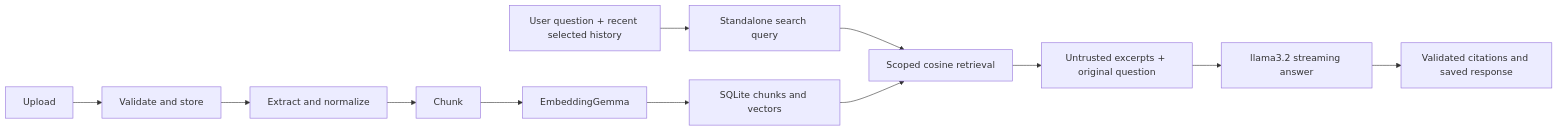
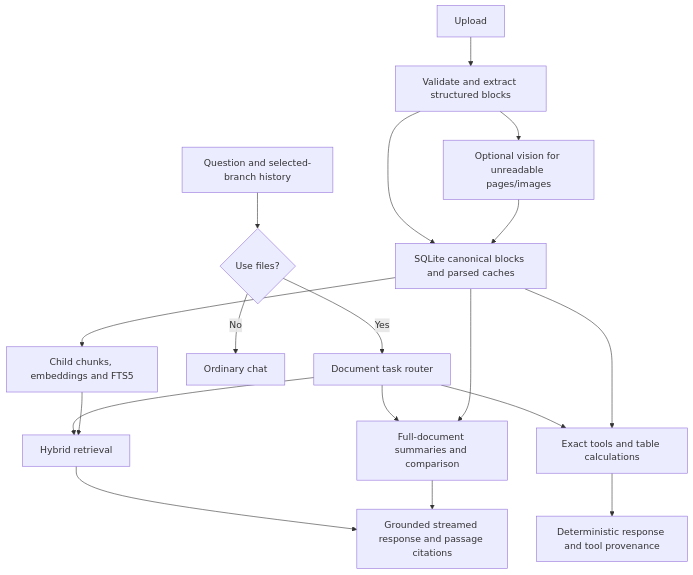
One commit to Rohan-mgn/LLM-chat-interface-tutorial changed the diagram in Stage 9(Files attachments and RAG)/README.md. Above: the diagram before and after it, drawn with Mermaid. The commit also changed other lines of this file and 11 other files, not shown here.

```diff
--- a/Stage 9(Files attachments and RAG)/README.md
+++ b/Stage 9(Files attachments and RAG)/README.md
@@ -56,14 +55,20 @@
 ~~~mermaid
-flowchart LR
-  A[Upload] --> B[Validate and store]
-  B --> C[Extract and normalize]
-  C --> D[Chunk]
-  D --> E[EmbeddingGemma]
-  E --> F[SQLite chunks and vectors]
-  Q[User question + recent selected history] --> R[Standalone search query]
-  R --> S[Scoped cosine retrieval]
-  F --> S
-  S --> T[Untrusted excerpts + original question]
-  T --> U[llama3.2 streaming answer]
-  U --> V[Validated citations and saved response]
+flowchart TD
+  U[Upload] --> P[Validate and extract structured blocks]
+  P --> V[Optional vision for unreadable pages/images]
+  P --> B[SQLite canonical blocks and parsed caches]
+  V --> B
+  B --> I[Child chunks, embeddings and FTS5]
+  Q[Question and selected-branch history] --> R{Use files?}
+  R -->|No| N[Ordinary chat]
+  R -->|Yes| A[Document task router]
+  A --> T[Exact tools and table calculations]
+  A --> H[Hybrid retrieval]
+  A --> S[Full-document summaries and comparison]
+  B --> T
+  B --> S
+  I --> H
+  H --> G[Grounded streamed response and passage citations]
+  S --> G
+  T --> D[Deterministic response and tool provenance]
 ~~~
```
